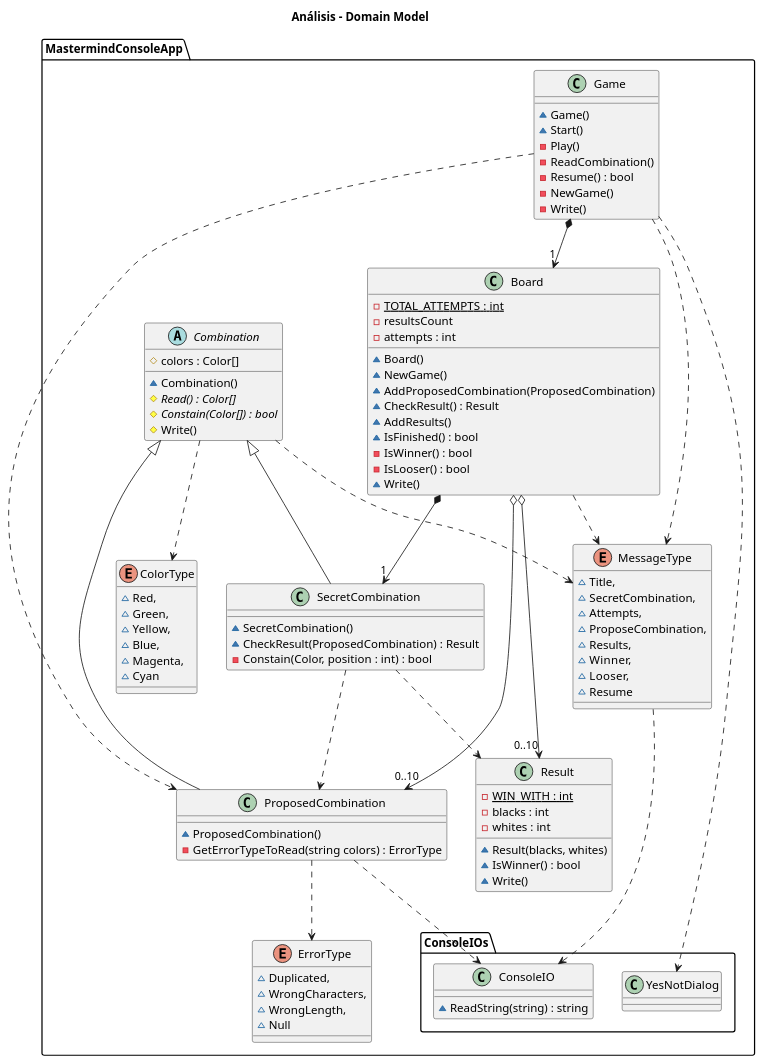
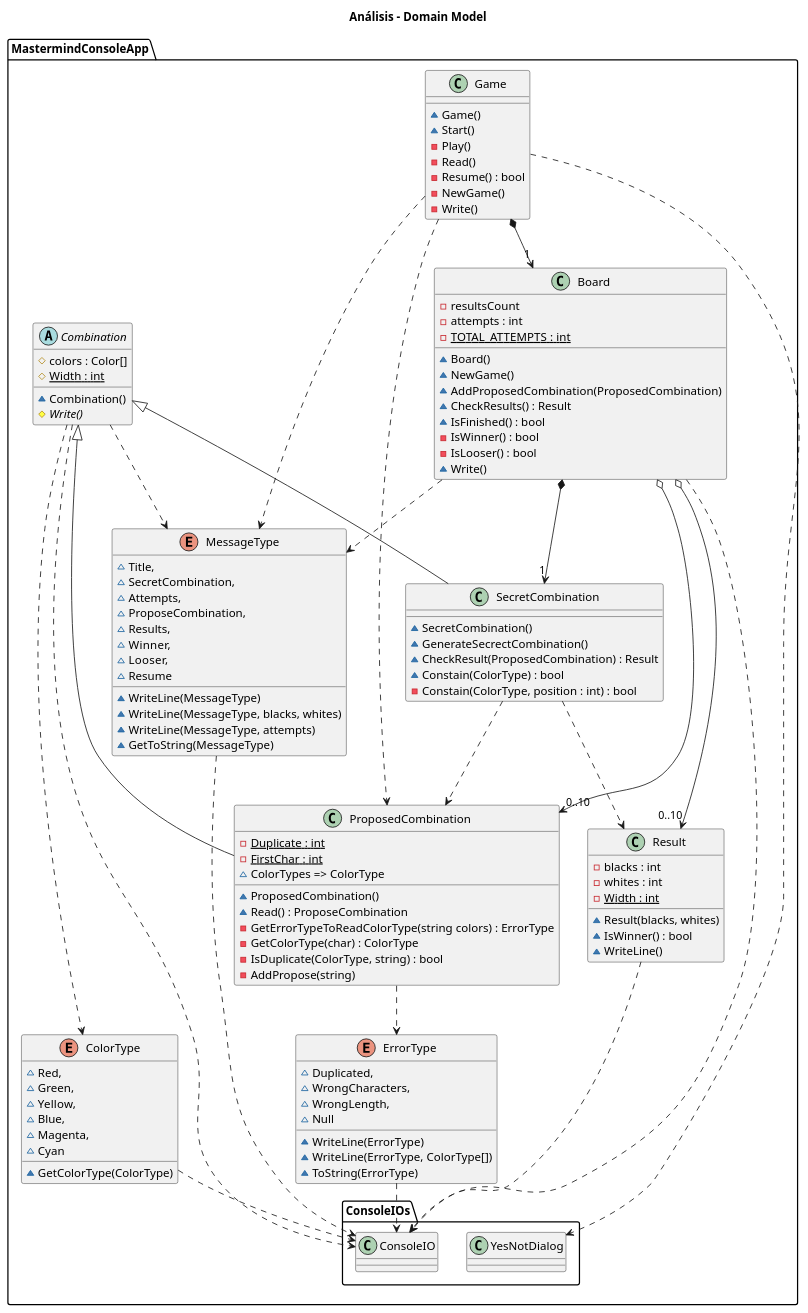
Before and after one commit to franpaulinoinfante/MasterSoftwareDevelopment: the diagram in src/Mastermind/DomainModel/Docs/DomainModelArchitecture.plantuml, drawn with PlantUML. The commit also changed 6 other files, not shown here.

```diff
--- a/src/Mastermind/DomainModel/Docs/DomainModelArchitecture.plantuml
+++ b/src/Mastermind/DomainModel/Docs/DomainModelArchitecture.plantuml
@@ -1,109 +1,127 @@
 @startuml DomainModelArchitecture
 title Análisis - Domain Model
 namespace MastermindConsoleApp{
     class Game{
         ~Game()
         ~Start()
         -Play()
-        -ReadCombination()
+        -Read()
         -Resume() : bool
         -NewGame()
         -Write()
     }
     Game *--> "1" Board
     Game ..> ProposedCombination
     Game ..> MessageType
     Game ..> ConsoleIOs.YesNotDialog
 
     class Board{
-        -{static} TOTAL_ATTEMPTS : int
         -resultsCount
         -attempts : int
+        -{static} TOTAL_ATTEMPTS : int
         ~Board()
         ~NewGame()
         ~AddProposedCombination(ProposedCombination)
-        ~CheckResult() : Result
-        ~AddResults()
+        ~CheckResults() : Result
         ~IsFinished() : bool
         -IsWinner() : bool
         -IsLooser() : bool
         ~Write()
     }
     Board *--> "1" SecretCombination
     Board o--> "0..10" ProposedCombination
     Board o--> "0..10" Result
     Board ..> MessageType
+    Board ..> ConsoleIOs.ConsoleIO
 
     abstract Combination{
         #colors : Color[]
+        #{static} Width : int
         ~Combination()
-        #{abstract} Read() : Color[]
-        #{abstract} Constain(Color[]) : bool
-        #Write()
+        #{abstract} Write()
     }
     Combination <|-- SecretCombination
     Combination <|-- ProposedCombination 
     Combination ..> ColorType
     Combination ..> MessageType
+    Combination ..> ConsoleIOs.ConsoleIO
 
     class SecretCombination{
         ~SecretCombination()
+        ~GenerateSecrectCombination()
         ~CheckResult(ProposedCombination) : Result
-        -Constain(Color, position : int) : bool
+        ~Constain(ColorType) : bool
+        -Constain(ColorType, position : int) : bool
     }
     SecretCombination ..> Result
     SecretCombination ..> ProposedCombination
 
     class ProposedCombination{
+        -{static} Duplicate : int
+        -{static} FirstChar : int
         ~ProposedCombination()
-        -GetErrorTypeToRead(string colors) : ErrorType
+        ~ColorTypes => ColorType
+        ~Read() : ProposeCombination
+        -GetErrorTypeToReadColorType(string colors) : ErrorType
+        -GetColorType(char) : ColorType
+        -IsDuplicate(ColorType, string) : bool
+        -AddPropose(string)
     }
     ProposedCombination ..> ErrorType
-    ProposedCombination ..> ConsoleIOs.ConsoleIO
 
     class Result{
-        -{static} WIN_WITH : int
         -blacks : int
         -whites : int
+        -{static} Width : int
         ~Result(blacks, whites)
         ~IsWinner() : bool
-        ~Write()
+        ~WriteLine()
     }
+    Result ..> ConsoleIOs.ConsoleIO
 
     enum MessageType{
         ~Title,
         ~SecretCombination,
         ~Attempts,
         ~ProposeCombination,
         ~Results,
         ~Winner,
         ~Looser,
         ~Resume
+        ~WriteLine(MessageType)
+        ~WriteLine(MessageType, blacks, whites)
+        ~WriteLine(MessageType, attempts)
+        ~GetToString(MessageType)
     }
     MessageType ..> ConsoleIOs.ConsoleIO
 
     enum ErrorType{
         ~Duplicated,
         ~WrongCharacters,
         ~WrongLength,
         ~Null
+        ~WriteLine(ErrorType)
+        ~WriteLine(ErrorType, ColorType[])
+        ~ToString(ErrorType)
     }
+    ErrorType ..> ConsoleIOs.ConsoleIO
 
     enum ColorType{
         ~Red,
         ~Green,
         ~Yellow,
         ~Blue,
         ~Magenta,
         ~Cyan
+        ~GetColorType(ColorType)
     }
+    ColorType ..> ConsoleIOs.ConsoleIO
+
 
     class ConsoleIOs.ConsoleIO{
-        ~ReadString(string) : string
     }
 
     class ConsoleIOs.YesNotDialog{
-
     }
 }
 @enduml
```
